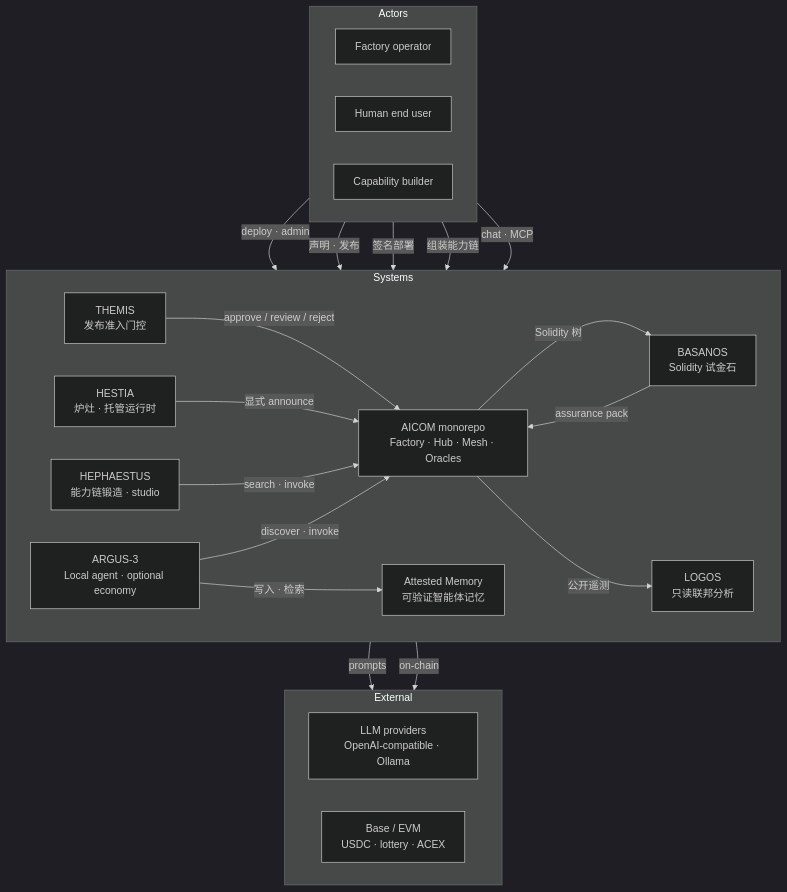
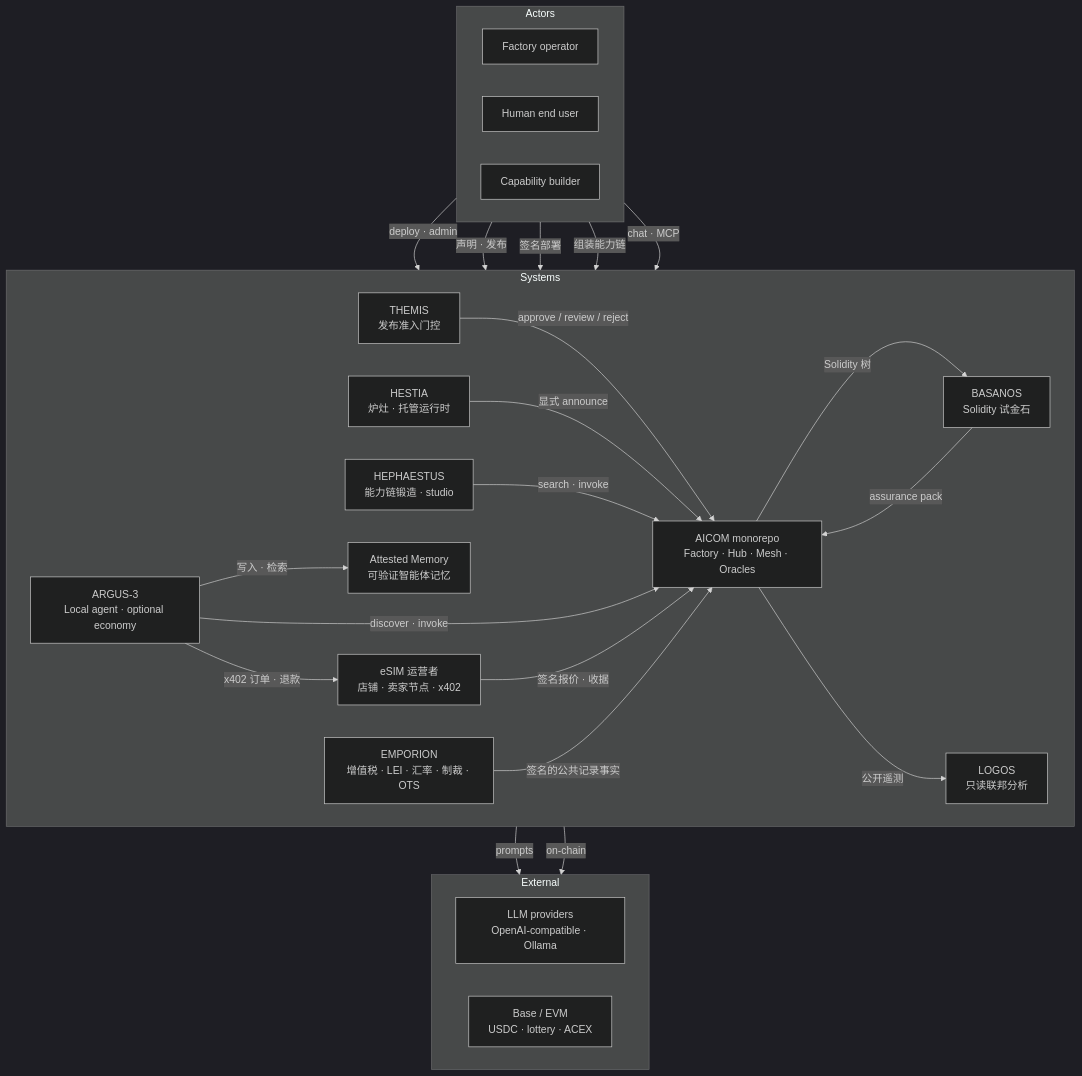
Before and after one commit to alexar76/aicom: the second of 5 diagrams in docs/ecosystem/whitepaper/zh.md, drawn with Mermaid (dark theme). The commit also changed other lines of this file and 496 other files, not shown here.

````diff
--- a/docs/ecosystem/whitepaper/zh.md
+++ b/docs/ecosystem/whitepaper/zh.md
@@ -147,43 +149,48 @@
 ```mermaid
 flowchart TB
   subgraph actors["Actors"]
     direction LR
     operator["Factory operator"]
     enduser["Human end user"]
     builder["Capability builder"]
   end
 
   subgraph systems["Systems"]
     direction LR
     aicom["AICOM monorepo<br/>Factory · Hub · Mesh · Oracles"]
     themis["THEMIS<br/>发布准入门控"]
     hestia["HESTIA<br/>炉灶 · 托管运行时"]
     basanos["BASANOS<br/>Solidity 试金石"]
     hephaestus["HEPHAESTUS<br/>能力链锻造 · studio"]
     logos["LOGOS<br/>只读联邦分析"]
     argus["ARGUS-3<br/>Local agent · optional economy"]
     memory["Attested Memory<br/>可验证智能体记忆"]
+    esim["eSIM 运营者<br/>店铺 · 卖家节点 · x402"]
+    emporion["EMPORION<br/>增值税 · LEI · 汇率 · 制裁 · OTS"]
   end
 
   subgraph external["External"]
     direction LR
     llm["LLM providers<br/>OpenAI-compatible · Ollama"]
     chain["Base / EVM<br/>USDC · lottery · ACEX"]
   end
 
   operator -->|deploy · admin| aicom
   builder -->|声明 · 发布| themis
   themis -->|"approve / review / reject"| aicom
   builder -->|签名部署| hestia
   hestia -->|显式 announce| aicom
   enduser -->|组装能力链| hephaestus
   hephaestus -->|search · invoke| aicom
   aicom -->|Solidity 树| basanos
   basanos -->|assurance pack| aicom
   enduser -->|chat · MCP| argus
   argus -->|discover · invoke| aicom
   argus -->|写入 · 检索| memory
+  argus -->|x402 订单 · 退款| esim
+  esim -->|签名报价 · 收据| aicom
+  emporion -->|签名的公共记录事实| aicom
   aicom -->|公开遥测| logos
   aicom -->|prompts| llm
   aicom -->|on-chain| chain
 ```
````
